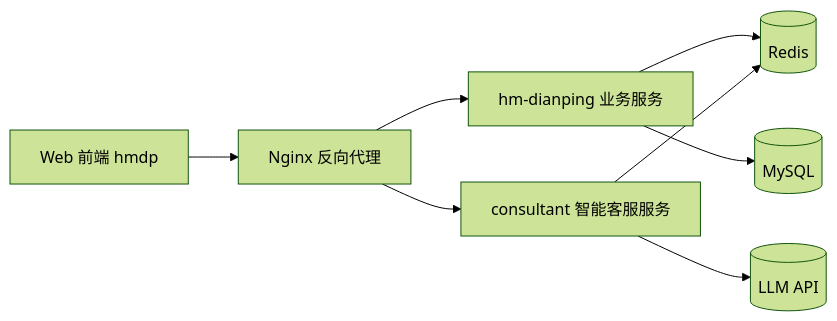
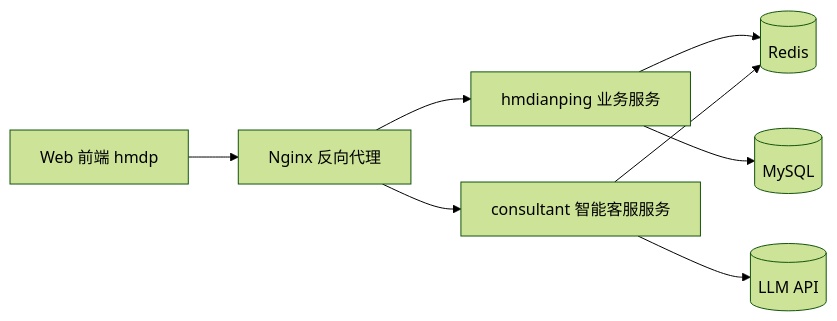
One commit to dirge2024/ShopHub changed the diagram in README.md. Above: the diagram before and after it, drawn with Mermaid (forest theme). The commit also changed other lines of this file and 79 other files, not shown here.

````diff
--- a/README.md
+++ b/README.md
@@ -9,10 +9,10 @@
 ```mermaid
 flowchart LR
     A[Web 前端 hmdp] --> B[Nginx 反向代理]
-    B --> C[hm-dianping 业务服务]
+    B --> C[hmdianping 业务服务]
     B --> D[consultant 智能客服服务]
     C --> E[(Redis)]
     C --> F[(MySQL)]
     D --> E
     D --> G[(LLM API)]
 ```
````
